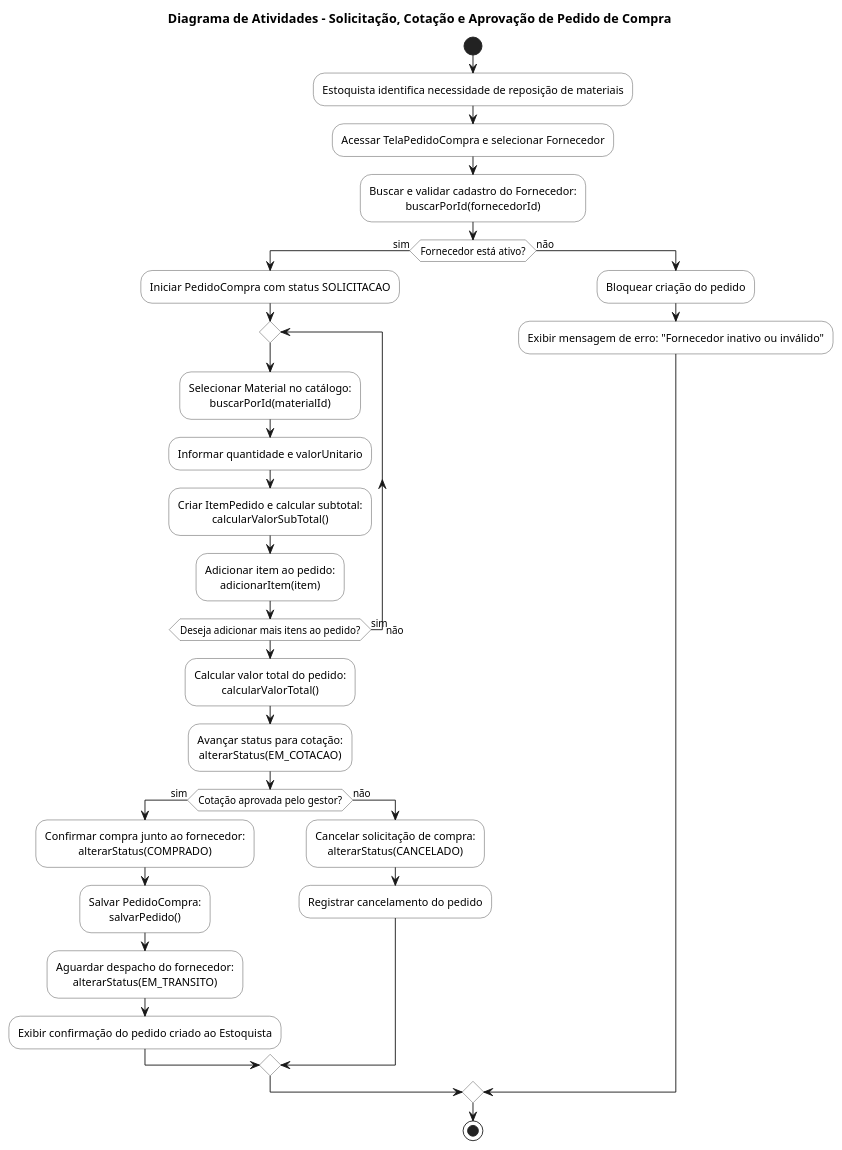
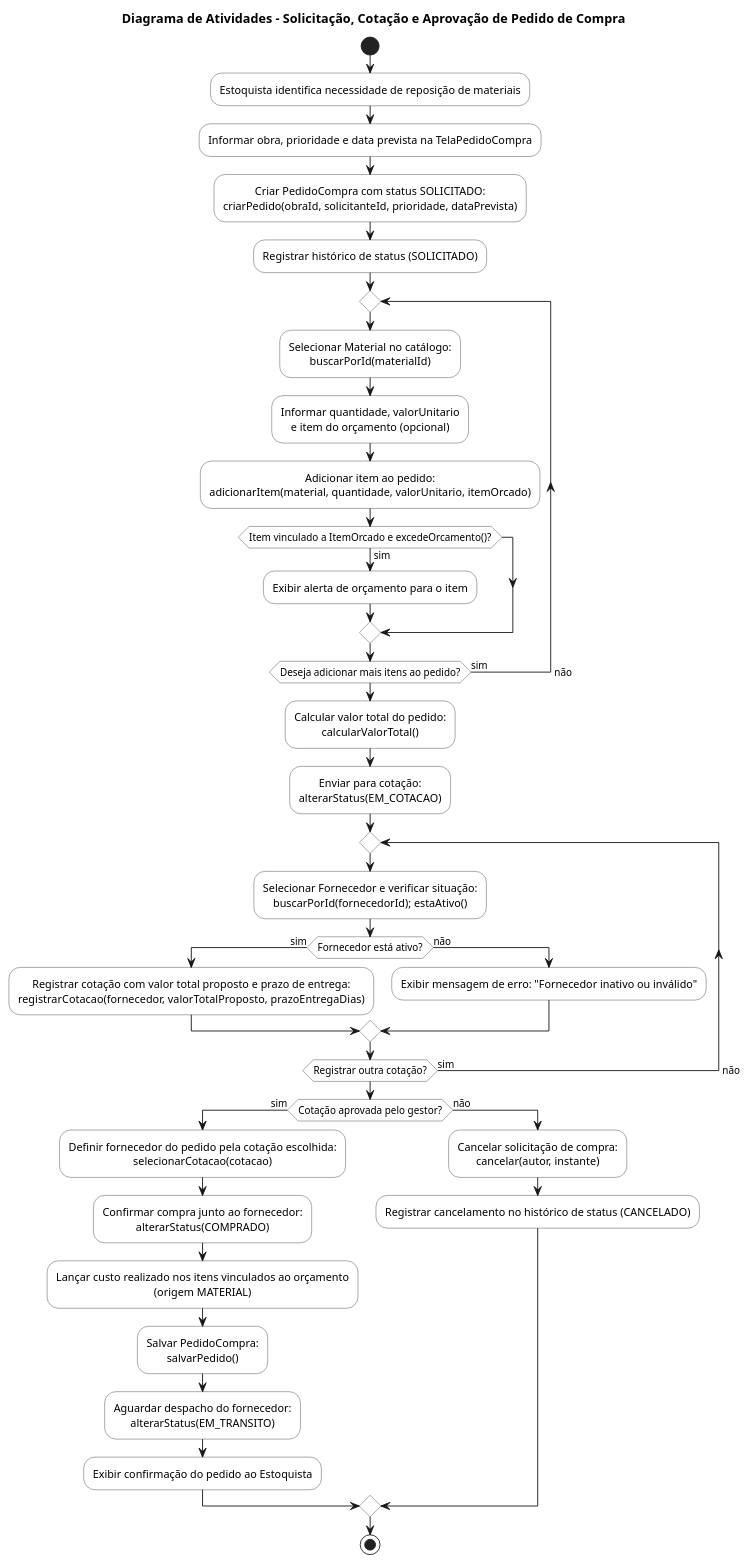
One commit to bernardoanobrega/oBRAS changed the diagram in Diagramas dinamicos/Modulo Compras e Fornecedores/compras-processo-activity.puml. Above: the diagram before and after it, drawn with PlantUML. The commit also changed 5 other files, not shown here.

Commit message:
Atualização dos diagramas dos módulos de Compras e fornecedores

```diff
--- a/Diagramas dinamicos/Modulo Compras e Fornecedores/compras-processo-activity.puml
+++ b/Diagramas dinamicos/Modulo Compras e Fornecedores/compras-processo-activity.puml
@@ -1,43 +1,51 @@
 @startuml compras-processo-activity
 title Diagrama de Atividades - Solicitação, Cotação e Aprovação de Pedido de Compra
 
 skinparam DefaultTextAlignment center
 skinparam ActivityBackgroundColor #FFFFFF
 skinparam ActivityBorderColor #444444
 
 start
 
 :Estoquista identifica necessidade de reposição de materiais;
-:Acessar TelaPedidoCompra e selecionar Fornecedor;
-:Buscar e validar cadastro do Fornecedor:\nbuscarPorId(fornecedorId);
+:Informar obra, prioridade e data prevista na TelaPedidoCompra;
+:Criar PedidoCompra com status SOLICITADO:\ncriarPedido(obraId, solicitanteId, prioridade, dataPrevista);
+:Registrar histórico de status (SOLICITADO);
 
-if (Fornecedor está ativo?) then (sim)
-  :Iniciar PedidoCompra com status SOLICITACAO;
-  
-  repeat
-    :Selecionar Material no catálogo:\nbuscarPorId(materialId);
-    :Informar quantidade e valorUnitario;
-    :Criar ItemPedido e calcular subtotal:\ncalcularValorSubTotal();
-    :Adicionar item ao pedido:\nadicionarItem(item);
-  repeat while (Deseja adicionar mais itens ao pedido?) is (sim) -> não
-  
-  :Calcular valor total do pedido:\ncalcularValorTotal();
-  :Avançar status para cotação:\nalterarStatus(EM_COTACAO);
-  
-  if (Cotação aprovada pelo gestor?) then (sim)
-    :Confirmar compra junto ao fornecedor:\nalterarStatus(COMPRADO);
-    :Salvar PedidoCompra:\nsalvarPedido();
-    :Aguardar despacho do fornecedor:\nalterarStatus(EM_TRANSITO);
-    :Exibir confirmação do pedido criado ao Estoquista;
+repeat
+  :Selecionar Material no catálogo:\nbuscarPorId(materialId);
+  :Informar quantidade, valorUnitario\ne item do orçamento (opcional);
+  :Adicionar item ao pedido:\nadicionarItem(material, quantidade, valorUnitario, itemOrcado);
+
+  if (Item vinculado a ItemOrcado e excedeOrcamento()?) then (sim)
+    :Exibir alerta de orçamento para o item;
+  endif
+repeat while (Deseja adicionar mais itens ao pedido?) is (sim) -> não
+
+:Calcular valor total do pedido:\ncalcularValorTotal();
+:Enviar para cotação:\nalterarStatus(EM_COTACAO);
+
+repeat
+  :Selecionar Fornecedor e verificar situação:\nbuscarPorId(fornecedorId); estaAtivo();
+
+  if (Fornecedor está ativo?) then (sim)
+    :Registrar cotação com valor total proposto e prazo de entrega:\nregistrarCotacao(fornecedor, valorTotalProposto, prazoEntregaDias);
   else (não)
-    :Cancelar solicitação de compra:\nalterarStatus(CANCELADO);
-    :Registrar cancelamento do pedido;
+    :Exibir mensagem de erro: "Fornecedor inativo ou inválido";
   endif
+repeat while (Registrar outra cotação?) is (sim) -> não
 
+if (Cotação aprovada pelo gestor?) then (sim)
+  :Definir fornecedor do pedido pela cotação escolhida:\nselecionarCotacao(cotacao);
+  :Confirmar compra junto ao fornecedor:\nalterarStatus(COMPRADO);
+  :Lançar custo realizado nos itens vinculados ao orçamento\n(origem MATERIAL);
+  :Salvar PedidoCompra:\nsalvarPedido();
+  :Aguardar despacho do fornecedor:\nalterarStatus(EM_TRANSITO);
+  :Exibir confirmação do pedido ao Estoquista;
 else (não)
-  :Bloquear criação do pedido;
-  :Exibir mensagem de erro: "Fornecedor inativo ou inválido";
+  :Cancelar solicitação de compra:\ncancelar(autor, instante);
+  :Registrar cancelamento no histórico de status (CANCELADO);
 endif
 
 stop
 @enduml
```
